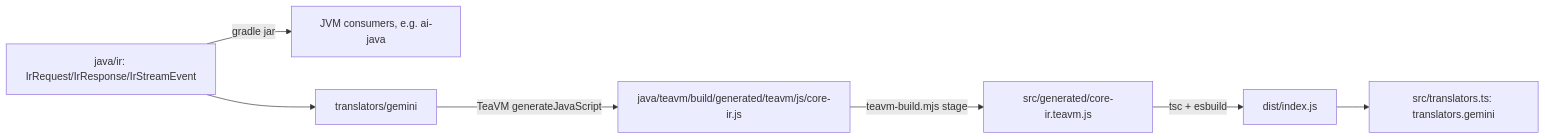
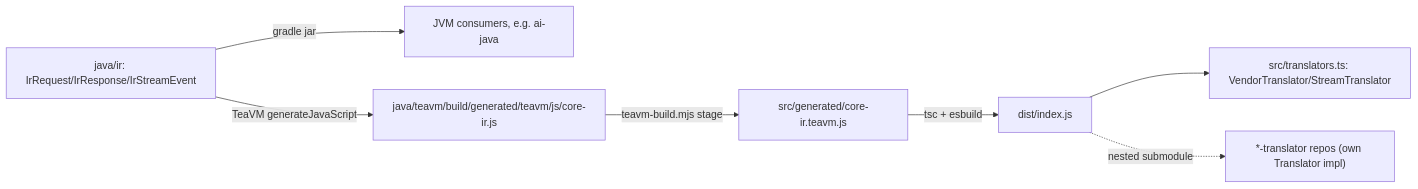
One commit to intisy-ai/core-ir changed the diagram in README.md. Above: the diagram before and after it, drawn with Mermaid. The commit also changed other lines of this file and 23 other files, not shown here.

Commit message:
refactor: shed the Gemini translator into gemini-translator repo (core-ir ships no vendor translators)

````diff
--- a/README.md
+++ b/README.md
@@ -16,9 +17,9 @@
 ```mermaid
 flowchart LR
   IR[java/ir: IrRequest/IrResponse/IrStreamEvent] -->|gradle jar| JVM[JVM consumers, e.g. ai-java]
-  IR --> GEM[translators/gemini]
-  GEM -->|TeaVM generateJavaScript| GEN[java/teavm/build/generated/teavm/js/core-ir.js]
+  IR -->|TeaVM generateJavaScript| GEN[java/teavm/build/generated/teavm/js/core-ir.js]
   GEN -->|teavm-build.mjs stage| STAGED[src/generated/core-ir.teavm.js]
   STAGED -->|tsc + esbuild| DIST[dist/index.js]
-  DIST --> API["src/translators.ts: translators.gemini"]
+  DIST --> API["src/translators.ts: VendorTranslator/StreamTranslator"]
+  DIST -.->|nested submodule| VT["*-translator repos (own Translator impl)"]
 ```
````
